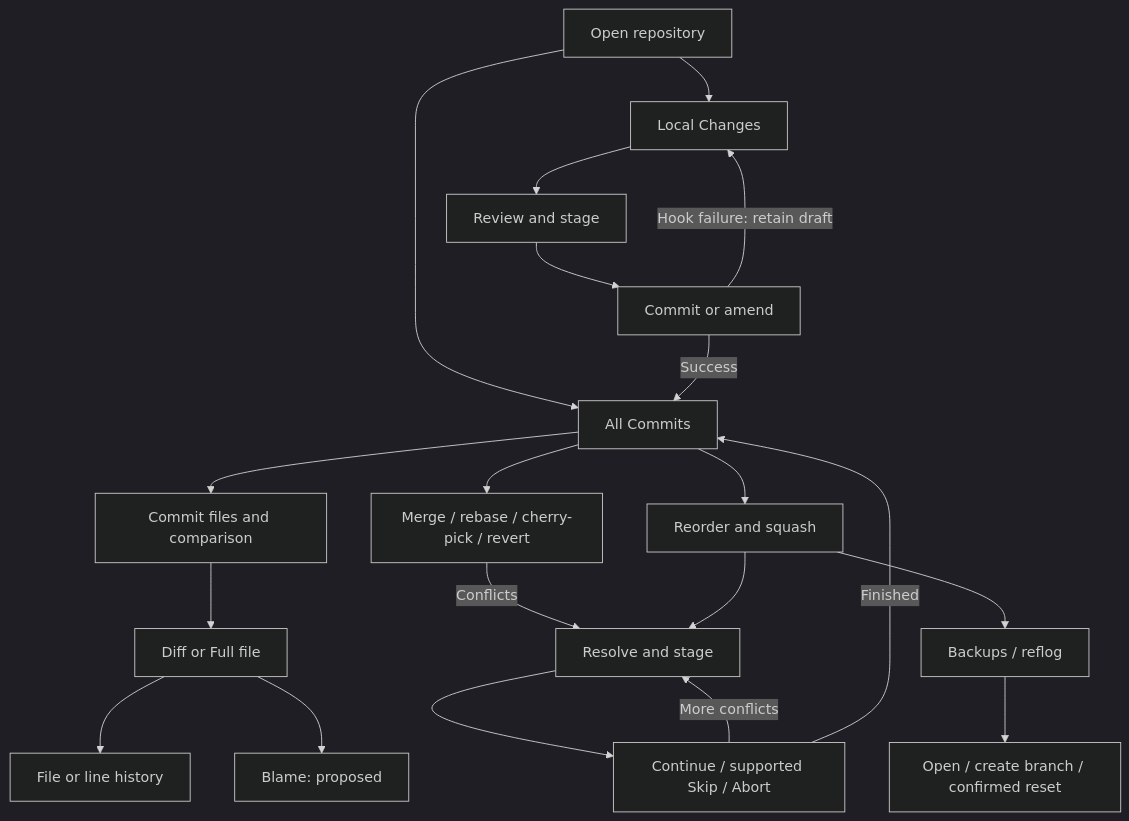
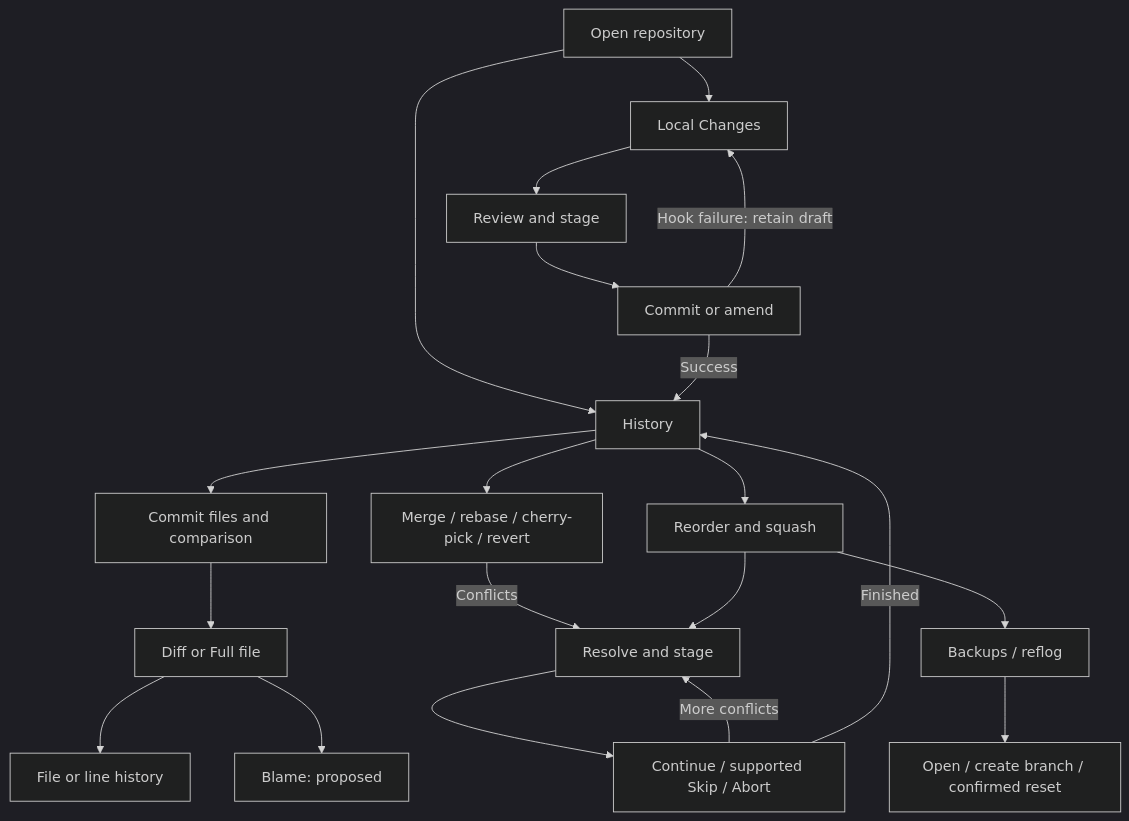
One commit to baol/gg changed the diagram in docs/user-flows.md. Above: the diagram before and after it, drawn with Mermaid (dark theme). The commit also changed other lines of this file and 16 other files, not shown here.

````diff
--- a/docs/user-flows.md
+++ b/docs/user-flows.md
@@ -42,22 +42,22 @@
 ```mermaid
 flowchart TD
-    Open[Open repository] --> History[All Commits]
+    Open[Open repository] --> History[History]
     History --> Review[Commit files and comparison]
     Review --> Read[Diff or Full file]
     Read --> Timeline[File or line history]
     Read --> Blame[Blame: proposed]
     Open --> Local[Local Changes]
     Local --> Stage[Review and stage]
     Stage --> Commit[Commit or amend]
     Commit -->|Hook failure: retain draft| Local
     Commit -->|Success| History
     History --> Integrate[Merge / rebase / cherry-pick / revert]
     Integrate -->|Conflicts| Resolve[Resolve and stage]
     Resolve --> Continue[Continue / supported Skip / Abort]
     Continue -->|More conflicts| Resolve
     Continue -->|Finished| History
     History --> Rewrite[Reorder and squash]
     Rewrite --> Resolve
     Rewrite --> Backup[Backups / reflog]
     Backup --> Recover[Open / create branch / confirmed reset]
 ```
````
